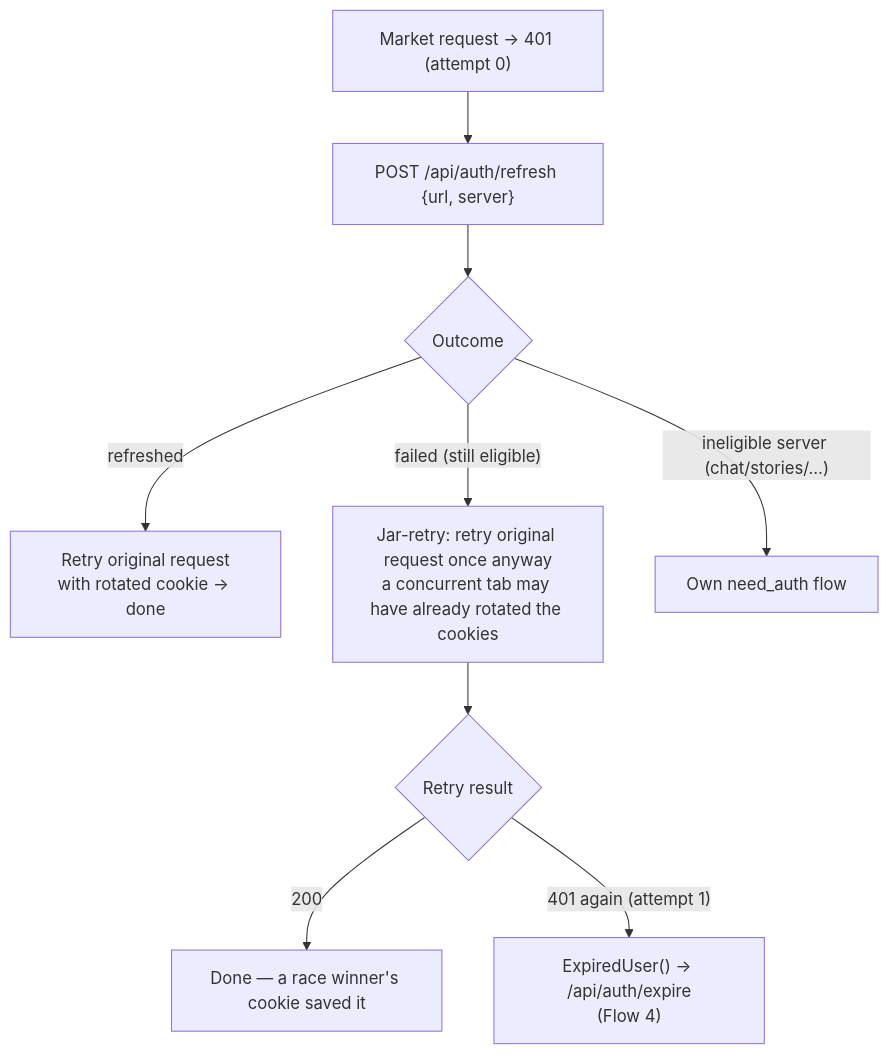
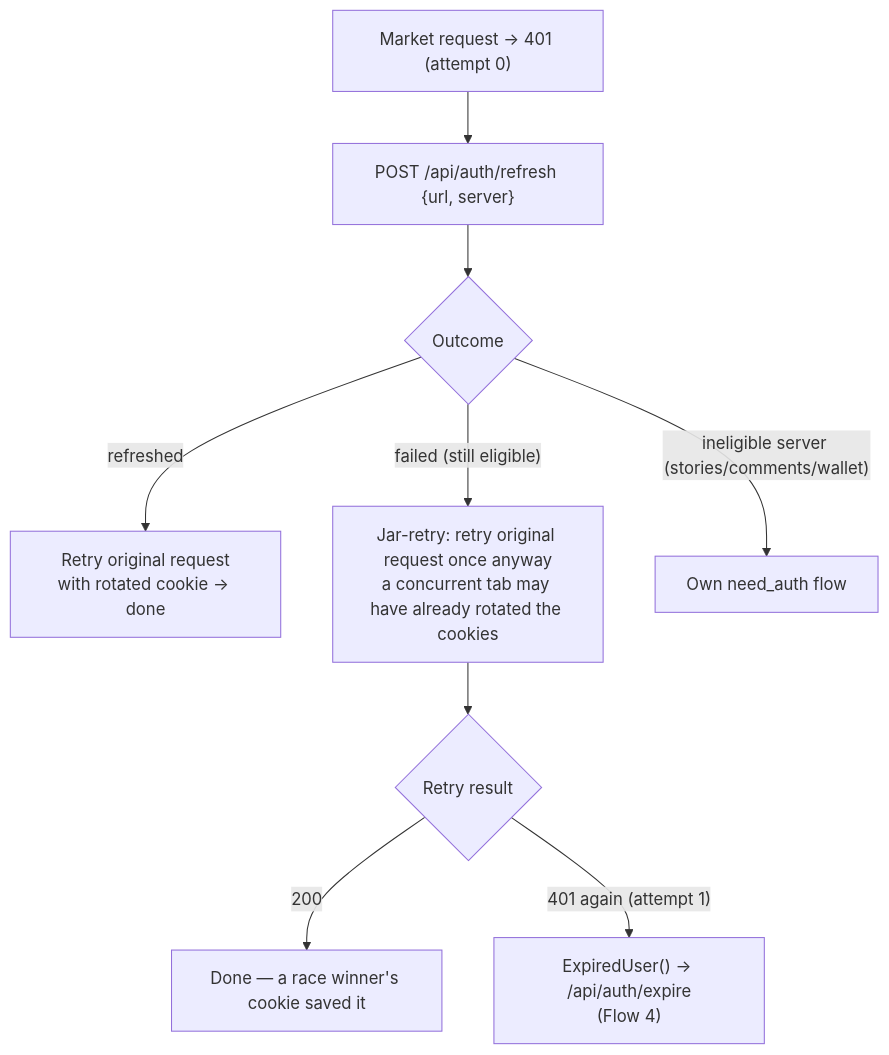
The third of 6 diagrams in REFRESH-FLOWS.md (AlaaAsaad57/Trydos), drawn with Mermaid before and after one commit. The commit also changed other lines of this file and 9 other files, not shown here.

First line of the commit message:
feat(auth): implement chat session refresh flow and update documentation

````diff
--- a/REFRESH-FLOWS.md
+++ b/REFRESH-FLOWS.md
@@ -82,11 +83,11 @@
 ```mermaid
 flowchart TD
     A["Market request → 401 (attempt 0)"] --> B["POST /api/auth/refresh {url, server}"]
     B --> C{Outcome}
     C -->|refreshed| D[Retry original request<br/>with rotated cookie → done]
     C -->|"failed (still eligible)"| E["Jar-retry: retry original request once anyway<br/>a concurrent tab may have already rotated the cookies"]
-    C -->|"ineligible server (chat/stories/…)"| F[Own need_auth flow]
+    C -->|"ineligible server (stories/comments/wallet)"| F[Own need_auth flow]
     E --> G{Retry result}
     G -->|200| H[Done — a race winner's cookie saved it]
     G -->|"401 again (attempt 1)"| I["ExpiredUser() → /api/auth/expire<br/>(Flow 4)"]
 ```
````
